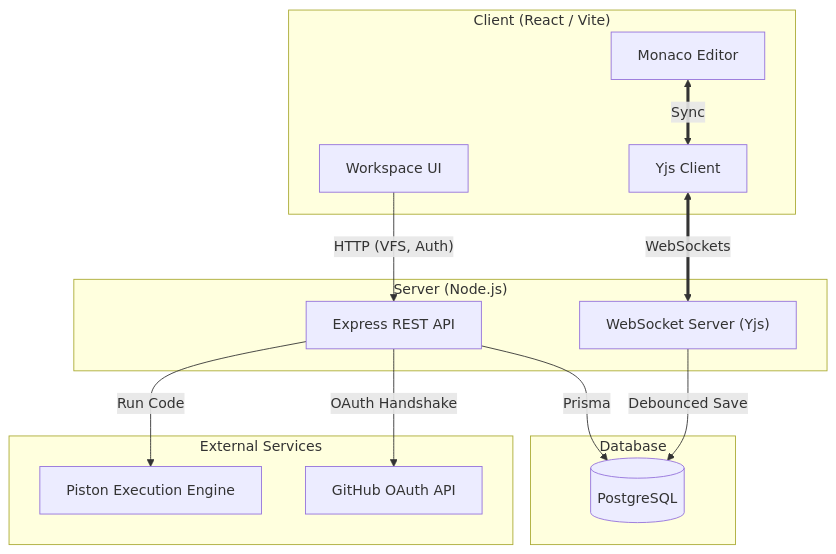
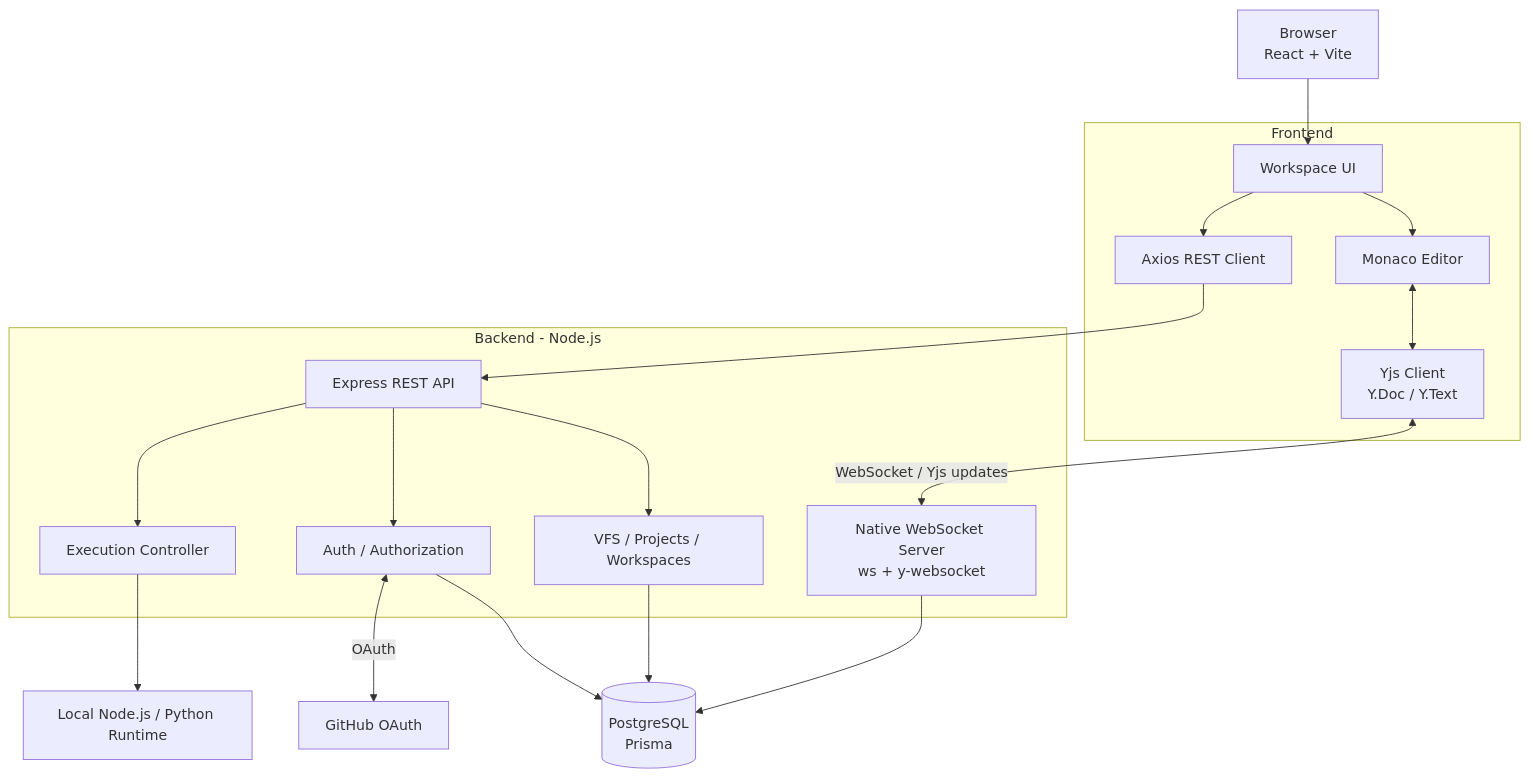
One commit to Taarun8431/CodeSync changed the diagram in README.md. Above: the diagram before and after it, drawn with Mermaid. The commit also changed other lines of this file, not shown here.

````diff
--- a/README.md
+++ b/README.md
@@ -42,32 +41,43 @@
 ```mermaid
-graph TD
-    subgraph Client ["Client (React / Vite)"]
+flowchart TD
+    Browser["Browser<br/>React + Vite"]
+
+    subgraph Frontend["Frontend"]
         UI["Workspace UI"]
-        Editor["Monaco Editor"]
-        Collab["Yjs Client"]
+        Monaco["Monaco Editor"]
+        YClient["Yjs Client<br/>Y.Doc / Y.Text"]
+        Axios["Axios REST Client"]
     end
 
-    subgraph Server ["Server (Node.js)"]
-        API["Express REST API"]
-        WS["WebSocket Server (Yjs)"]
+    subgraph Backend["Backend - Node.js"]
+        Express["Express REST API"]
+        Auth["Auth / Authorization"]
+        VFS["VFS / Projects / Workspaces"]
+        WS["Native WebSocket Server<br/>ws + y-websocket"]
+        Execution["Execution Controller"]
     end
 
-    subgraph Data ["Database"]
-        DB[("PostgreSQL")]
-    end
+    DB[("PostgreSQL<br/>Prisma")]
 
-    subgraph External ["External Services"]
-        Piston["Piston Execution Engine"]
-        GitHub["GitHub OAuth API"]
-    end
+    GitHub["GitHub OAuth"]
+    LocalRuntime["Local Node.js / Python Runtime"]
 
-    UI -- "HTTP (VFS, Auth)" --> API
-    Editor <== "Sync" ==> Collab
-    Collab <== "WebSockets" ==> WS
-    
-    API -- "Prisma" --> DB
-    WS -- "Debounced Save" --> DB
-    
-    API -- "Run Code" --> Piston
-    API -- "OAuth Handshake" --> GitHub
+    Browser --> UI
+    UI --> Monaco
+    UI --> Axios
+    Monaco <--> YClient
+
+    Axios --> Express
+    Express --> Auth
+    Express --> VFS
+    Auth --> DB
+    VFS --> DB
+
+    YClient <-->|"WebSocket / Yjs updates"| WS
+    WS --> DB
+
+    Express --> Execution
+    Execution --> LocalRuntime
+
+    Auth <-->|"OAuth"| GitHub
 ```
````
